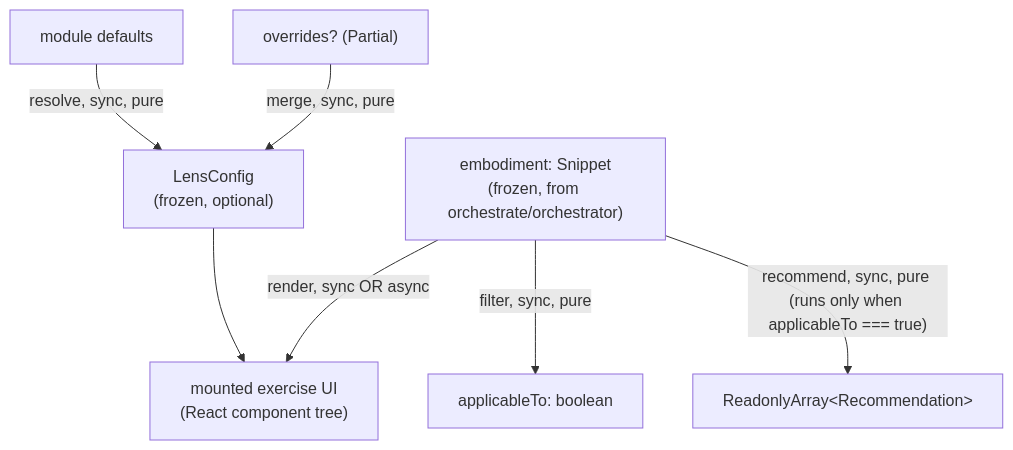
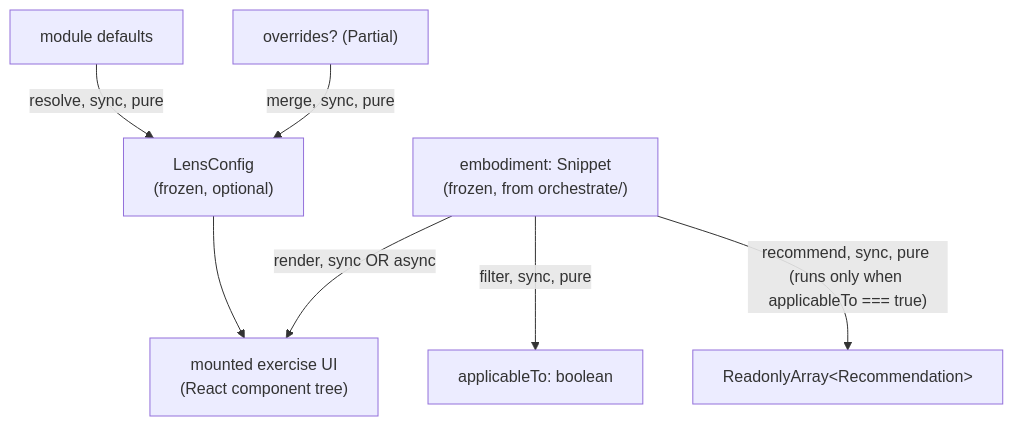
Before and after one commit to codeschoolinabox/curricula: the diagram in src/lib/welcome-to-programming/just-enough/javascript/lenses/DOCS.md, drawn with Mermaid. The commit also changed 1 other file, not shown here.

Commit message:
docs: AR-5 cleanup — drop stale archival refs in lenses/DOCS.md and editor/DOCS.md

````diff
--- a/src/lib/welcome-to-programming/just-enough/javascript/lenses/DOCS.md
+++ b/src/lib/welcome-to-programming/just-enough/javascript/lenses/DOCS.md
@@ -82,16 +82,16 @@
 ```mermaid
 flowchart TD
-    Embodiment["embodiment: Snippet<br/>(frozen, from orchestrate/orchestrator)"]
+    Embodiment["embodiment: Snippet<br/>(frozen, from orchestrate/)"]
     Cfg["LensConfig<br/>(frozen, optional)"]
     Defaults["module defaults"]
     Overrides["overrides? (Partial)"]
 
     Defaults -->|"resolve, sync, pure"| Cfg
     Overrides -->|"merge, sync, pure"| Cfg
 
     Cfg --> ExerciseUI["mounted exercise UI<br/>(React component tree)"]
     Embodiment -->|"render, sync OR async"| ExerciseUI
 
     Embodiment -->|"filter, sync, pure"| Applicable["applicableTo: boolean"]
     Embodiment -->|"recommend, sync, pure (runs only when applicableTo === true)"| Recs["ReadonlyArray&lt;Recommendation&gt;"]
 ```
````
